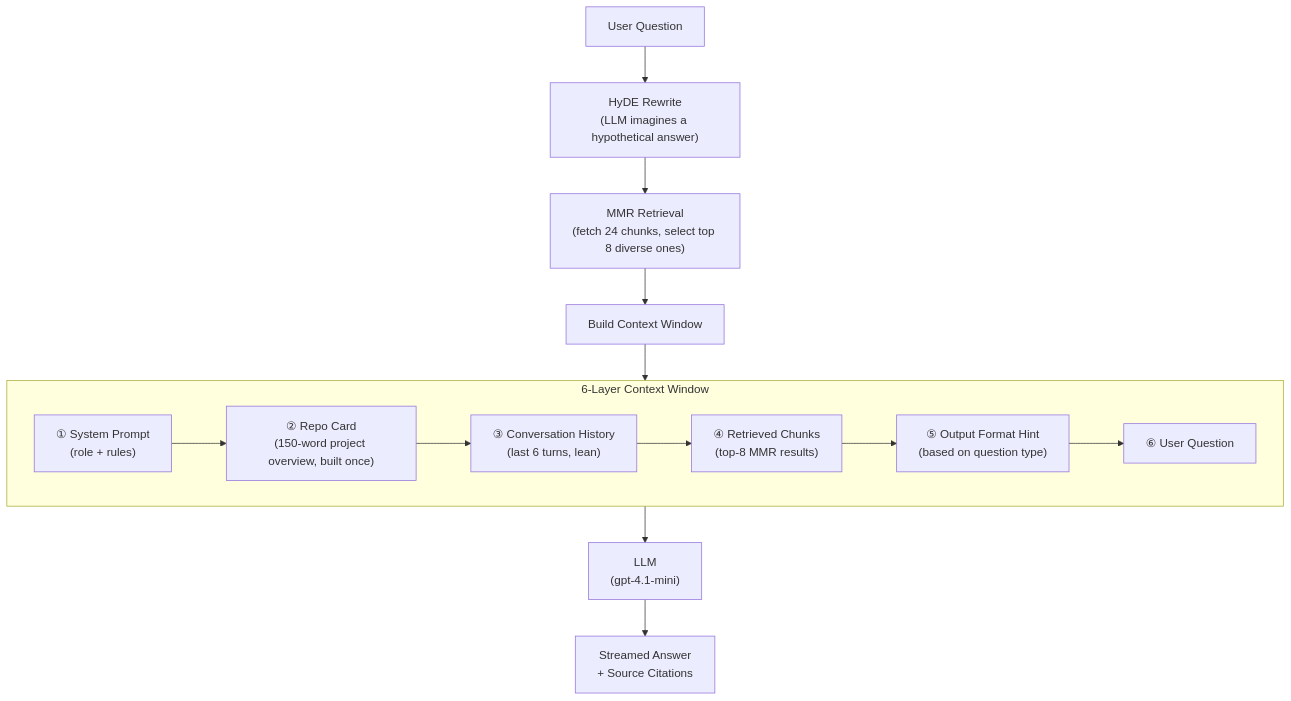
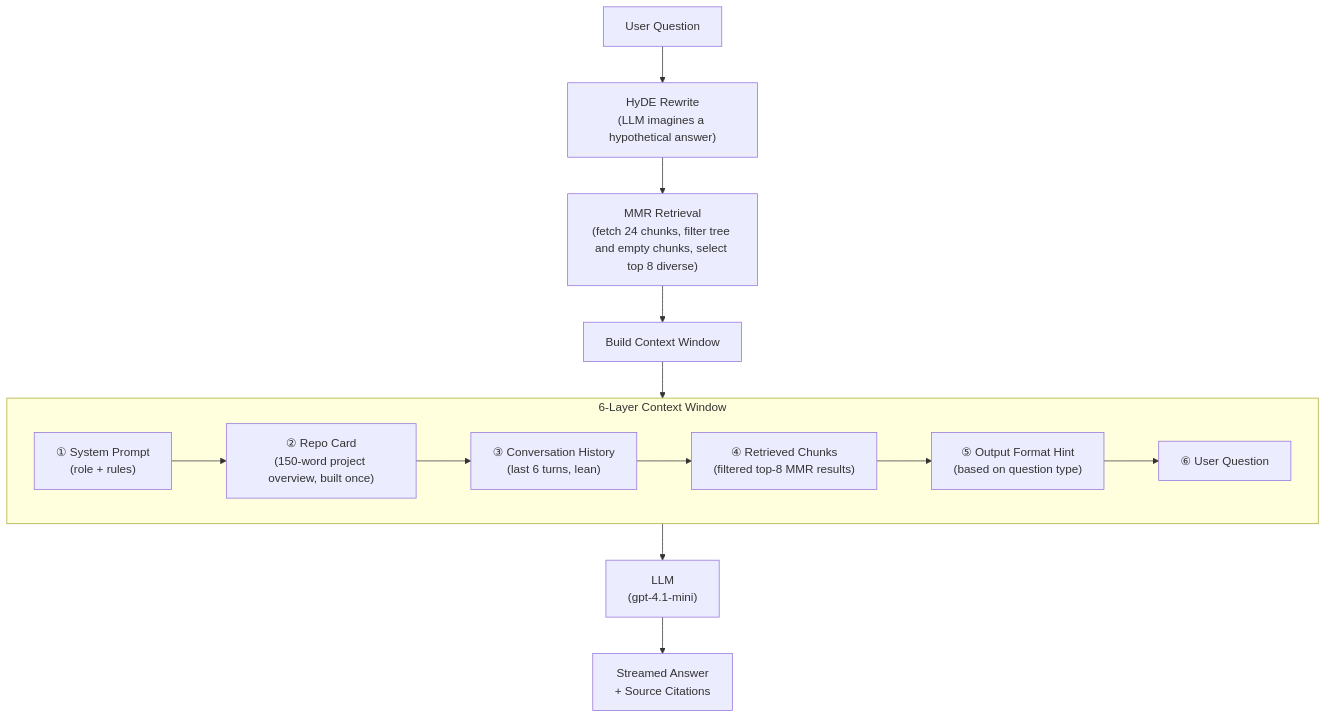
The diagram in week1_daily_deliverables.md (AayushShah-904/bharatomni_week_1), drawn with Mermaid before and after one commit. The commit also changed other lines of this file and 3 other files, not shown here.

````diff
--- a/week1_daily_deliverables.md
+++ b/week1_daily_deliverables.md
@@ -217,20 +221,20 @@
 ```mermaid
 flowchart TD
     A["User Question"] --> B["HyDE Rewrite\n(LLM imagines a hypothetical answer)"]
-    B --> C["MMR Retrieval\n(fetch 24 chunks, select top 8 diverse ones)"]
+    B --> C["MMR Retrieval\n(fetch 24 chunks, filter tree and empty chunks, select top 8 diverse)"]
     C --> D["Build Context Window"]
 
     subgraph CW["6-Layer Context Window"]
         L1["① System Prompt\n(role + rules)"]
         L2["② Repo Card\n(150-word project overview, built once)"]
         L3["③ Conversation History\n(last 6 turns, lean)"]
-        L4["④ Retrieved Chunks\n(top-8 MMR results)"]
+        L4["④ Retrieved Chunks\n(filtered top-8 MMR results)"]
         L5["⑤ Output Format Hint\n(based on question type)"]
         L6["⑥ User Question"]
         L1 --> L2 --> L3 --> L4 --> L5 --> L6
     end
 
     D --> CW
     CW --> E["LLM\n(gpt-4.1-mini)"]
     E --> F["Streamed Answer\n+ Source Citations"]
 ```
````
